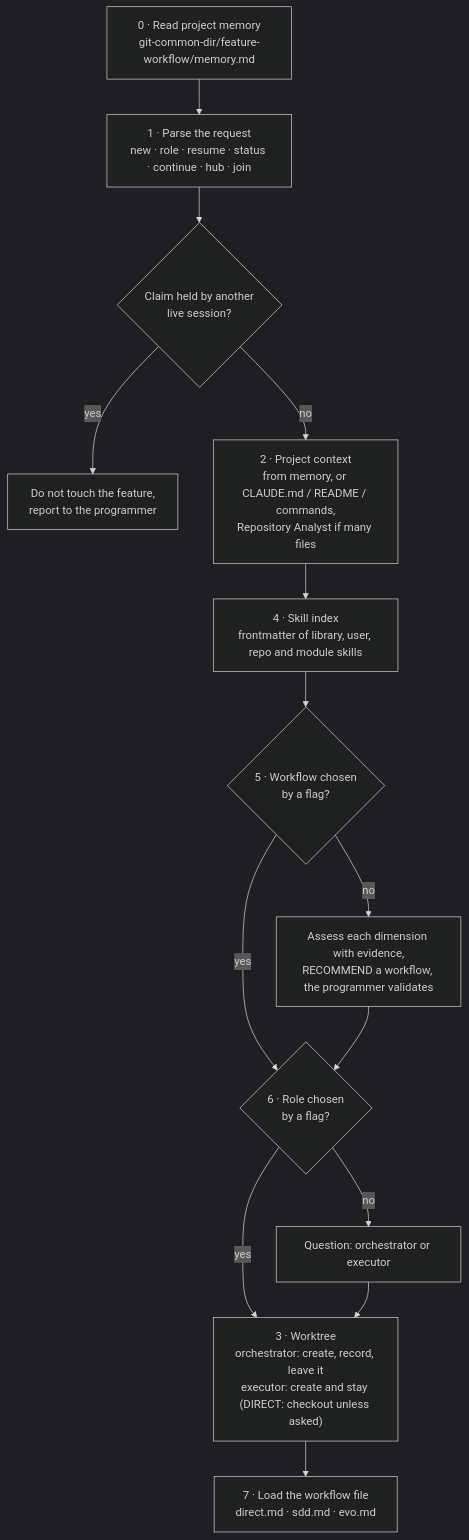
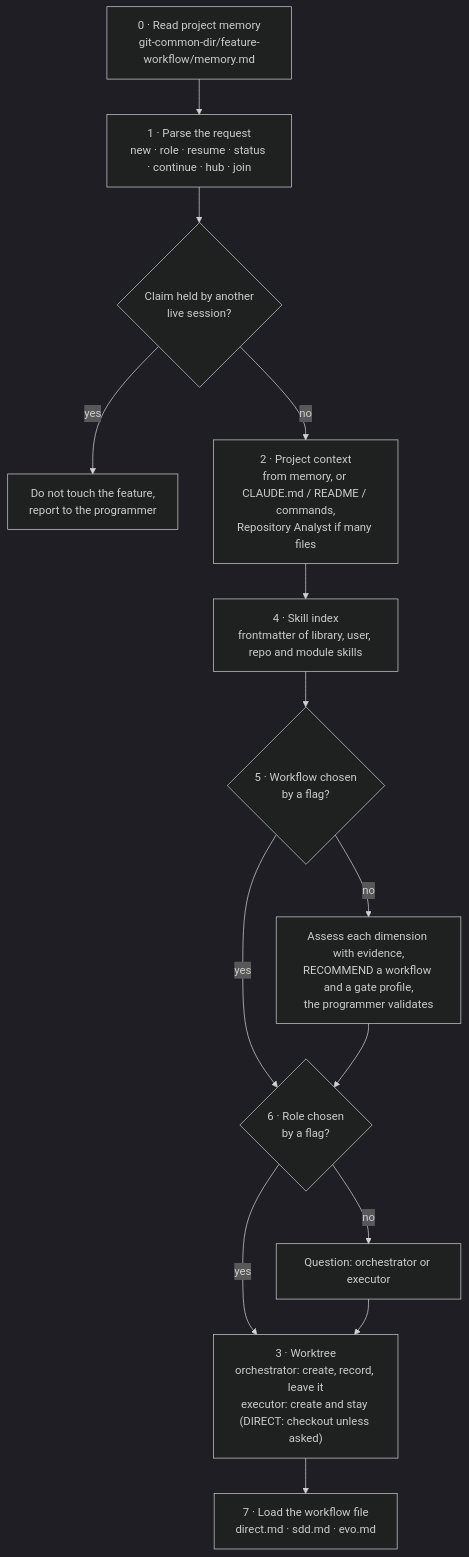
Before and after one commit to mariopedemonte12/claude-feature-workflow: the third of 12 diagrams in docs/architecture.md, drawn with Mermaid (dark theme). The commit also changed other lines of this file and 16 other files, not shown here.

````diff
--- a/docs/architecture.md
+++ b/docs/architecture.md
@@ -123,16 +123,16 @@
 ```mermaid
 flowchart TB
     S0["0 · Read project memory<br/>git-common-dir/feature-workflow/memory.md"] --> S1["1 · Parse the request<br/>new · role · resume · status · continue · hub · join"]
     S1 --> CL{"Claim held by another<br/>live session?"}
     CL -->|"yes"| STOP["Do not touch the feature,<br/>report to the programmer"]
     CL -->|"no"| S2["2 · Project context<br/>from memory, or CLAUDE.md / README / commands,<br/>Repository Analyst if many files"]
     S2 --> S4["4 · Skill index<br/>frontmatter of library, user, repo and module skills"]
     S4 --> S5{"5 · Workflow chosen<br/>by a flag?"}
-    S5 -->|"no"| S5b["Assess each dimension with evidence,<br/>RECOMMEND a workflow, the programmer validates"]
+    S5 -->|"no"| S5b["Assess each dimension with evidence,<br/>RECOMMEND a workflow and a gate profile,<br/>the programmer validates"]
     S5 -->|"yes"| S6
     S5b --> S6{"6 · Role chosen<br/>by a flag?"}
     S6 -->|"no"| S6b["Question: orchestrator or executor"]
     S6 -->|"yes"| S3
     S6b --> S3["3 · Worktree<br/>orchestrator: create, record, leave it<br/>executor: create and stay (DIRECT: checkout unless asked)"]
     S3 --> S7["7 · Load the workflow file<br/>direct.md · sdd.md · evo.md"]
 ```
````
